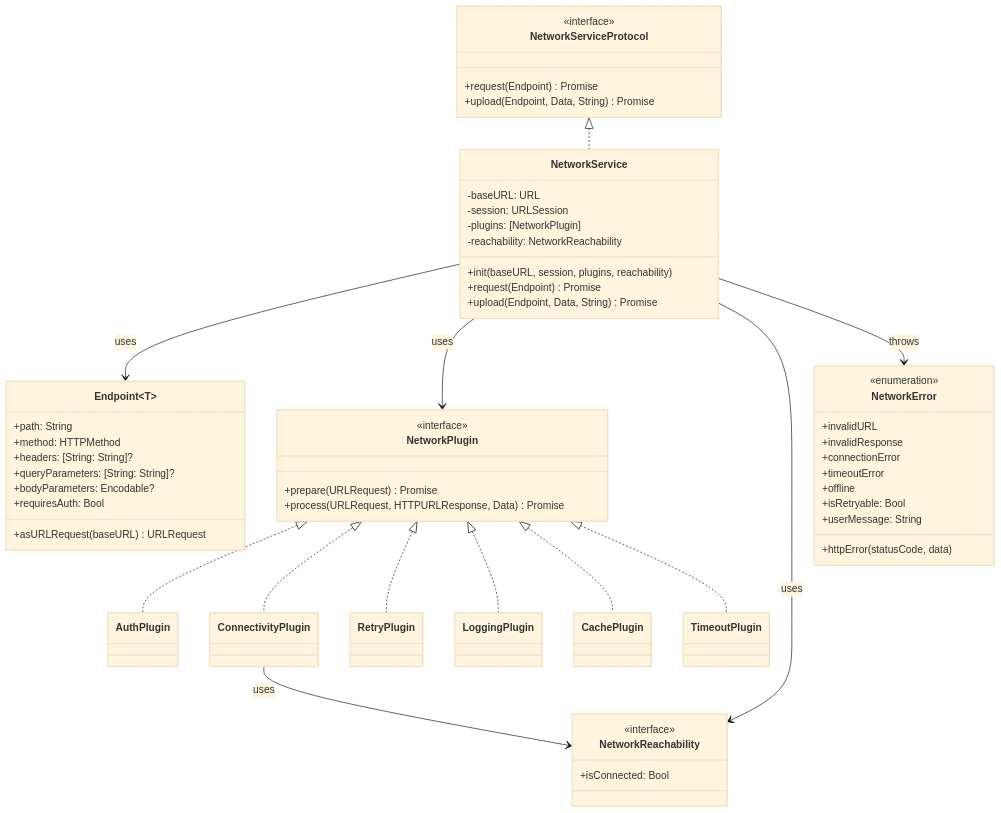
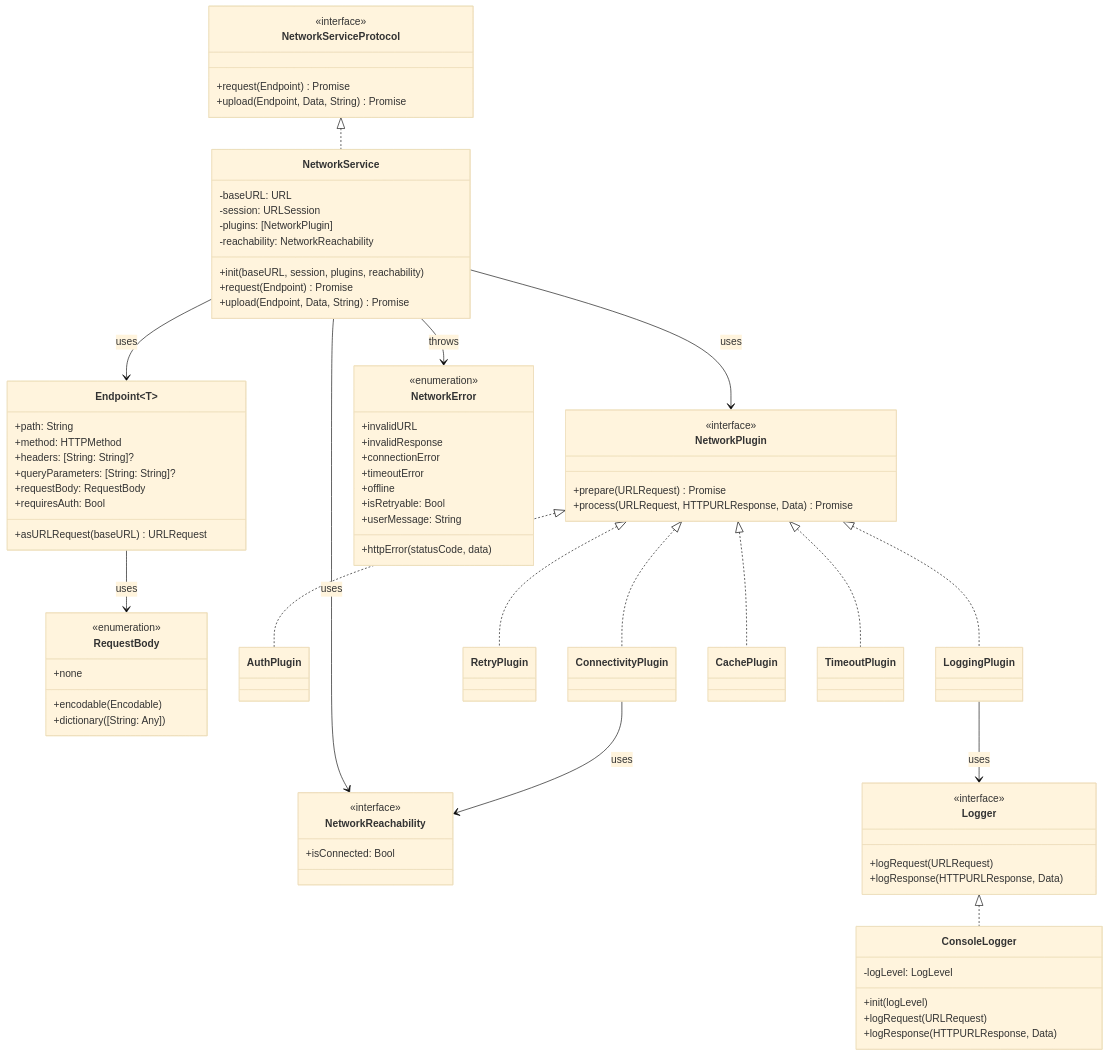
One commit to Jimmy-Jung/TossBankClone changed the first of 2 diagrams in App/Modules/NetworkModule/README.md. Above: the diagram before and after it, drawn with Mermaid (base theme). The commit also changed other lines of this file, not shown here.

Commit message:
README 업데이트: LoggingPlugin 변경사항 반영 및 Logger 인터페이스 문서화

````diff
--- a/App/Modules/NetworkModule/README.md
+++ b/App/Modules/NetworkModule/README.md
@@ -70,9 +70,16 @@
         +method: HTTPMethod
         +headers: [String: String]?
         +queryParameters: [String: String]?
-        +bodyParameters: Encodable?
+        +requestBody: RequestBody
         +requiresAuth: Bool
         +asURLRequest(baseURL) URLRequest
+    }
+    
+    class RequestBody {
+        <<enumeration>>
+        +encodable(Encodable)
+        +dictionary([String: Any])
+        +none
     }
     
     class NetworkError {
@@ -92,11 +99,25 @@
         +isConnected: Bool
     }
     
+    class Logger {
+        <<interface>>
+        +logRequest(URLRequest)
+        +logResponse(HTTPURLResponse, Data)
+    }
+    
+    class ConsoleLogger {
+        -logLevel: LogLevel
+        +init(logLevel)
+        +logRequest(URLRequest)
+        +logResponse(HTTPURLResponse, Data)
+    }
+    
     NetworkServiceProtocol <|.. NetworkService
     NetworkService --> Endpoint : uses
     NetworkService --> NetworkPlugin : uses
     NetworkService --> NetworkReachability : uses
     NetworkService --> NetworkError : throws
+    Endpoint --> RequestBody : uses
     
     NetworkPlugin <|.. AuthPlugin
     NetworkPlugin <|.. ConnectivityPlugin
@@ -105,5 +126,8 @@
     NetworkPlugin <|.. CachePlugin
     NetworkPlugin <|.. TimeoutPlugin
     
+    Logger <|.. ConsoleLogger
+    LoggingPlugin --> Logger : uses
+    
     ConnectivityPlugin --> NetworkReachability : uses
 ```
````
